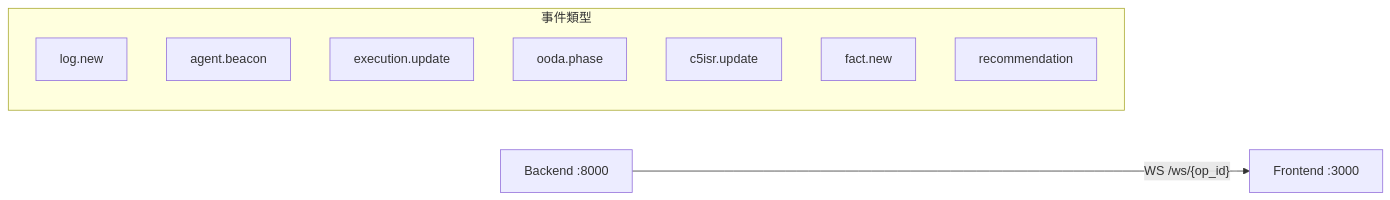
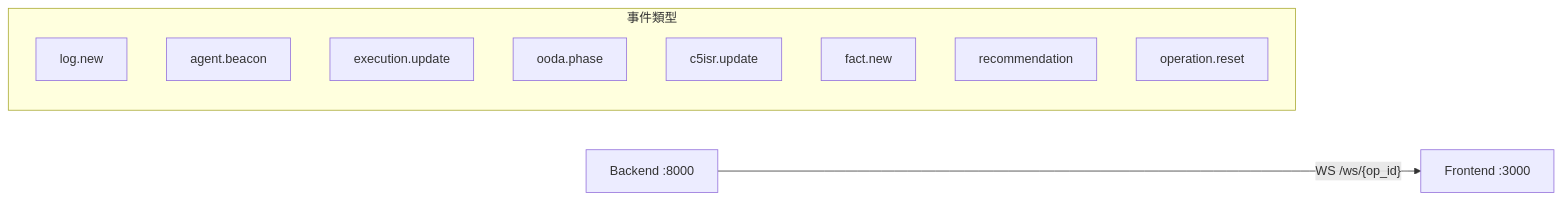
The fourth of 5 diagrams in docs/architecture.md (astroicers/Athena), drawn with Mermaid before and after one commit. The commit also changed other lines of this file and 8 other files, not shown here.

First line of the commit message:
docs: ASP 合規修復 — CHANGELOG/architecture/SPEC-018/ADR-014/tech-debt 標記

````diff
--- a/docs/architecture.md
+++ b/docs/architecture.md
@@ -164,14 +166,15 @@
 ```mermaid
 graph LR
     BE["Backend :8000"] -->|"WS /ws/{op_id}"| FE["Frontend :3000"]
 
     subgraph Events["事件類型"]
         E1["log.new"]
         E2["agent.beacon"]
         E3["execution.update"]
         E4["ooda.phase"]
         E5["c5isr.update"]
         E6["fact.new"]
         E7["recommendation"]
+        E8["operation.reset"]
     end
 ```
````
